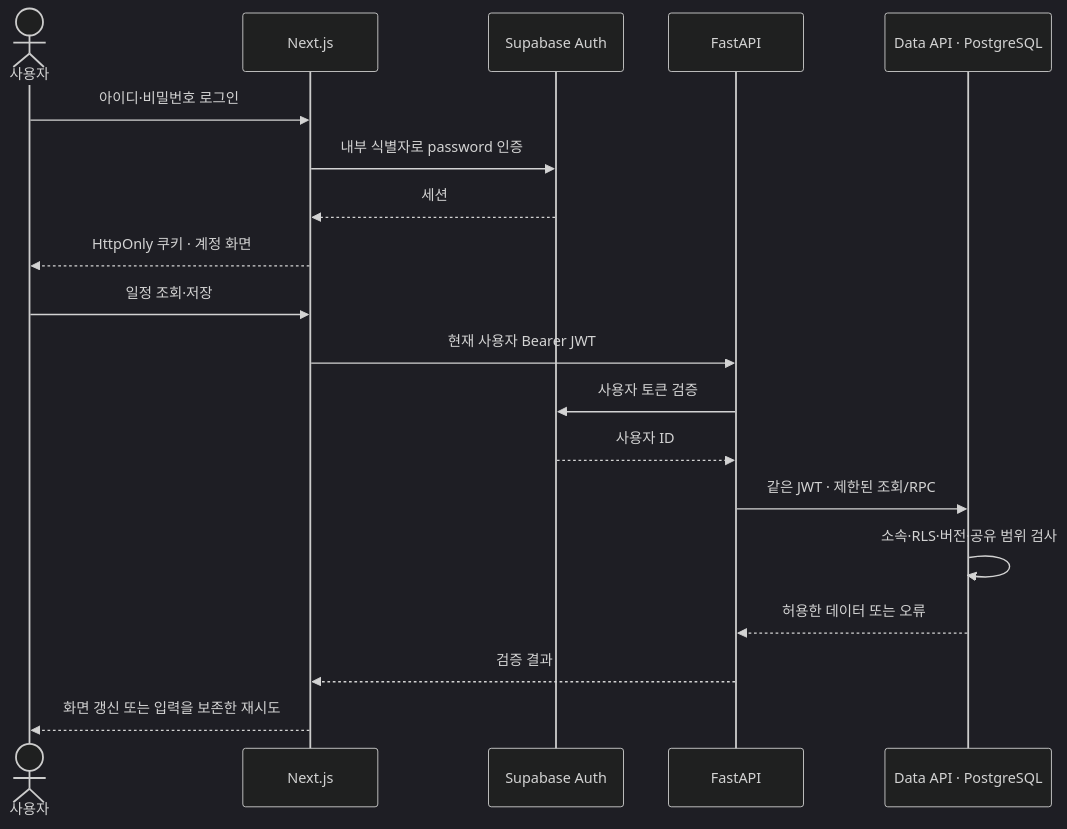
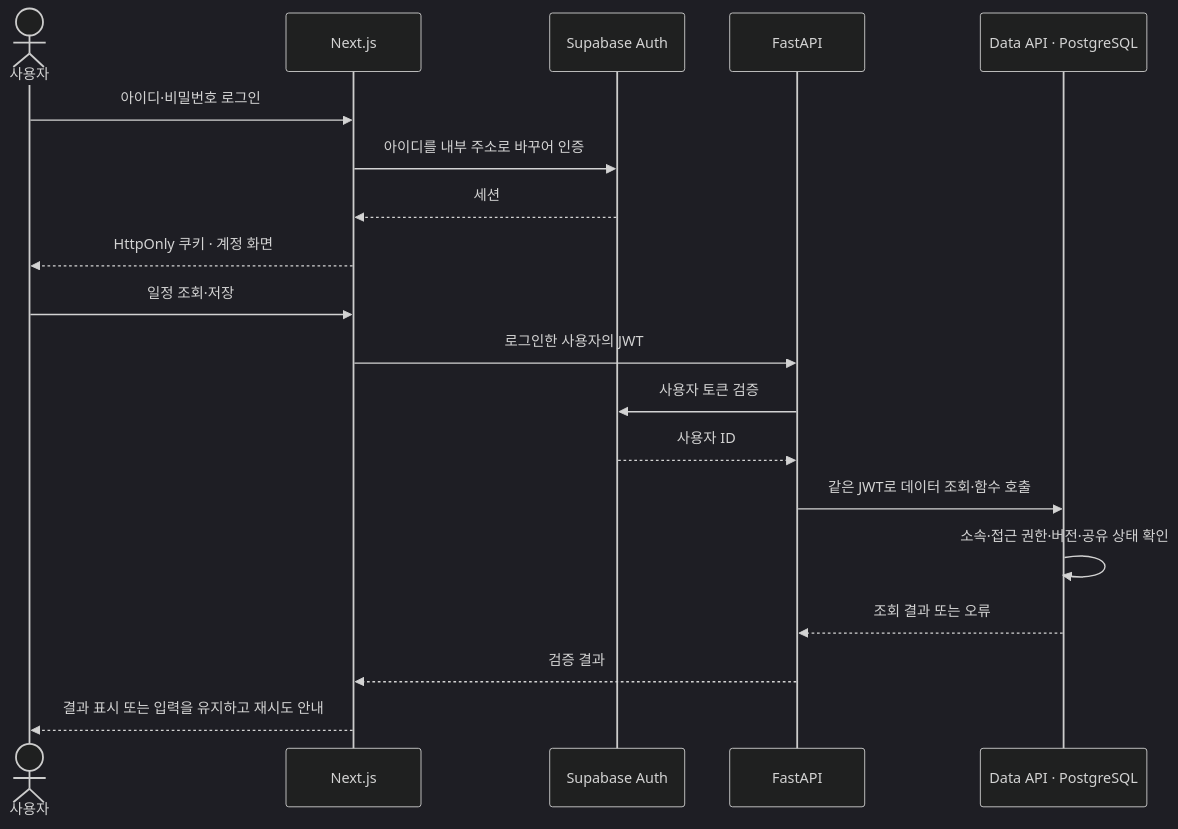
The first of 5 diagrams in guides/architecture.md (jhpark-jarvis/we2day), drawn with Mermaid (dark theme) before and after one commit. The commit also changed other lines of this file and 6 other files, not shown here.

````diff
--- a/guides/architecture.md
+++ b/guides/architecture.md
@@ -44,21 +25,21 @@
 ```mermaid
 sequenceDiagram
   actor U as 사용자
   participant W as Next.js
   participant A as Supabase Auth
   participant F as FastAPI
   participant D as Data API · PostgreSQL
   U->>W: 아이디·비밀번호 로그인
-  W->>A: 내부 식별자로 password 인증
+  W->>A: 아이디를 내부 주소로 바꾸어 인증
   A-->>W: 세션
   W-->>U: HttpOnly 쿠키 · 계정 화면
   U->>W: 일정 조회·저장
-  W->>F: 현재 사용자 Bearer JWT
+  W->>F: 로그인한 사용자의 JWT
   F->>A: 사용자 토큰 검증
   A-->>F: 사용자 ID
-  F->>D: 같은 JWT · 제한된 조회/RPC
-  D->>D: 소속·RLS·버전·공유 범위 검사
-  D-->>F: 허용한 데이터 또는 오류
+  F->>D: 같은 JWT로 데이터 조회·함수 호출
+  D->>D: 소속·접근 권한·버전·공유 상태 확인
+  D-->>F: 조회 결과 또는 오류
   F-->>W: 검증 결과
-  W-->>U: 화면 갱신 또는 입력을 보존한 재시도
+  W-->>U: 결과 표시 또는 입력을 유지하고 재시도 안내
 ```
````
